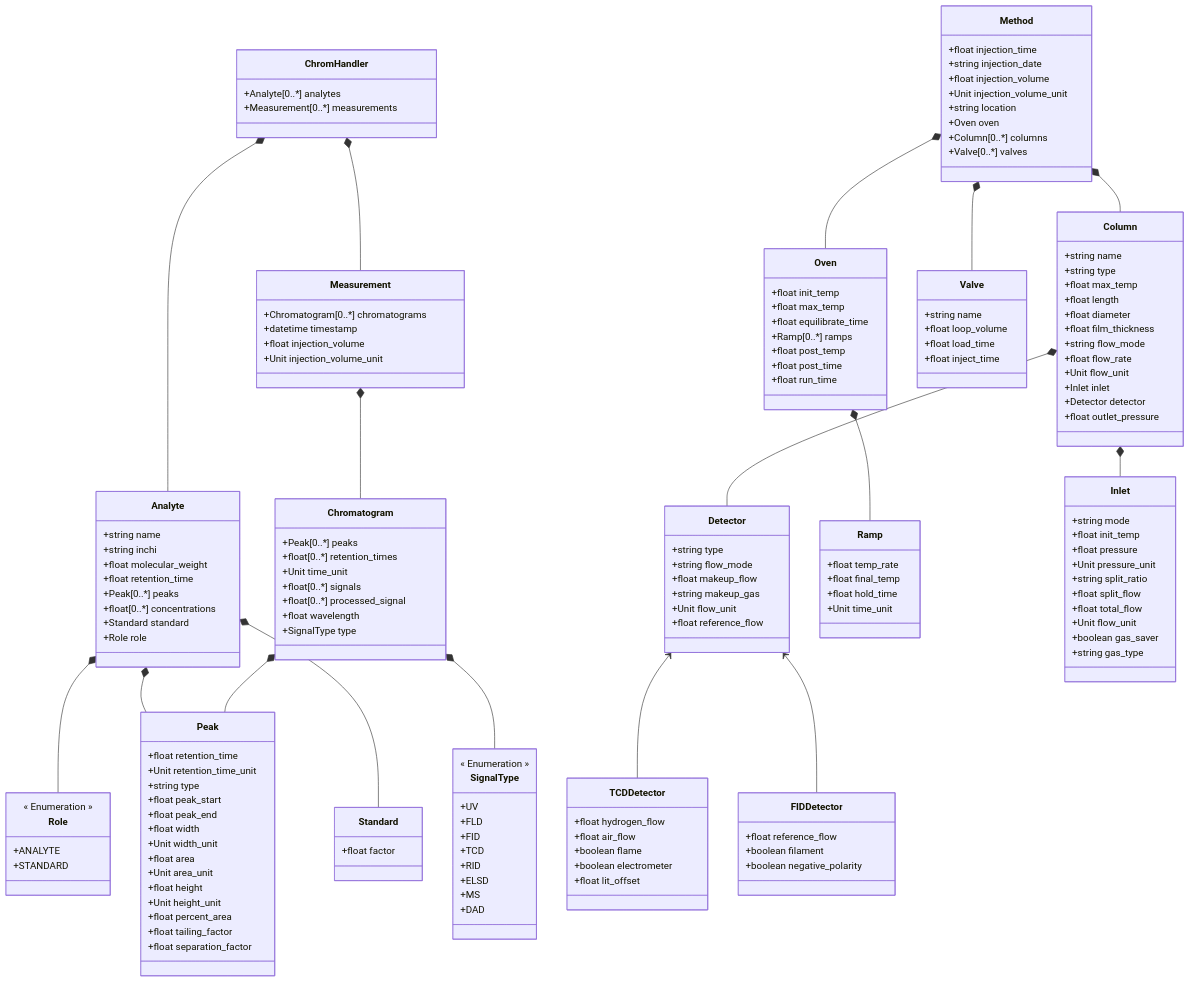
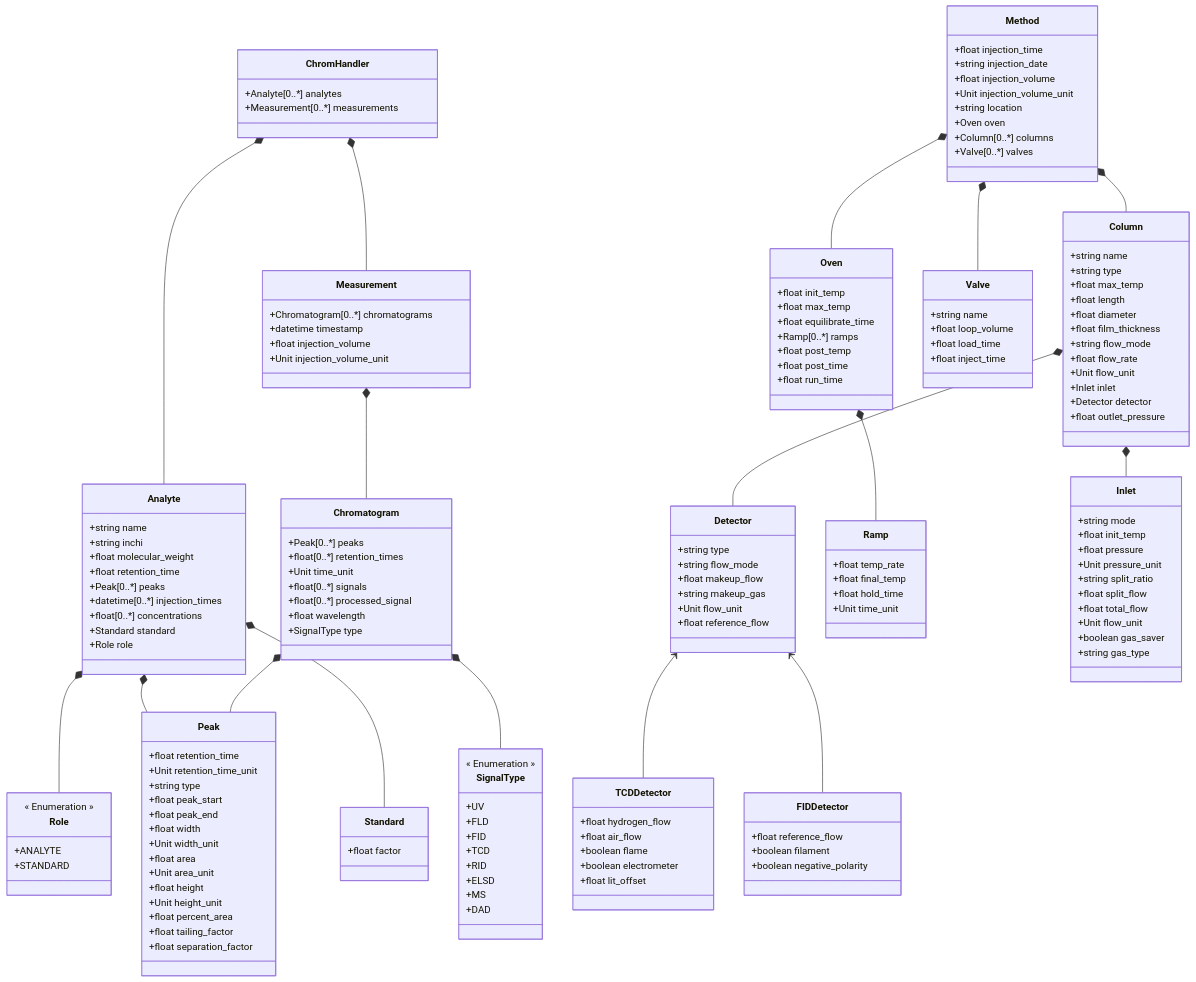
The diagram in chromatopy/schemes/chromatopy_schema.md (FAIRChemistry/chromatopy), drawn with Mermaid before and after one commit. The commit also changed 18 other files, not shown here.

```diff
--- a/chromatopy/schemes/chromatopy_schema.md
+++ b/chromatopy/schemes/chromatopy_schema.md
@@ -28,6 +28,7 @@
         +float molecular_weight
         +float retention_time
         +Peak[0..*] peaks
+        +datetime[0..*] injection_times
         +float[0..*] concentrations
         +Standard standard
         +Role role
```
